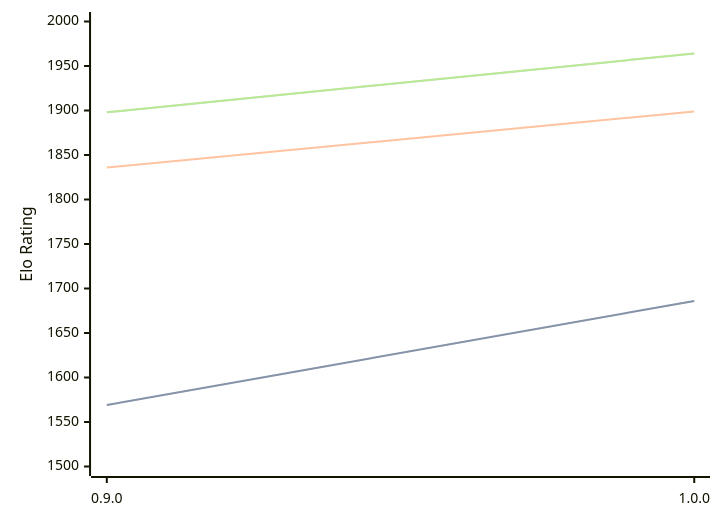
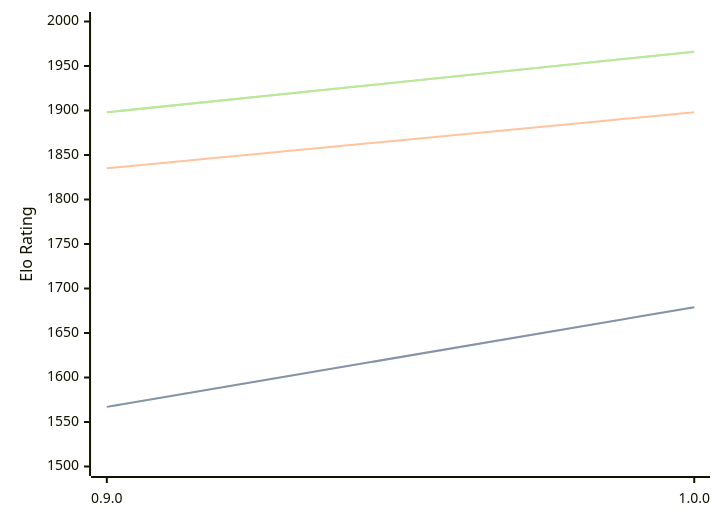
One commit to computer-chess-index/cci changed the diagram in engines/Ratsu.md. Above: the diagram before and after it, drawn with Mermaid. The commit also changed other lines of this file, not shown here.

Commit message:
Update CCI Ratings (ELO VLTC) - 2026-03-09

````diff
--- a/engines/Ratsu.md
+++ b/engines/Ratsu.md
@@ -30,11 +30,11 @@
 ```mermaid
 %%{init: {"theme":"base","themeVariables":{"seriesColors:['#a3a3a3','#222221','#faa371']}}}%%
 xychart-beta
   x-axis ["0.9.0", "1.0.0"]
   y-axis "Elo Rating" 1500 --> 2000
-  line "STC (8.0+0.08s)" [1569, 1686]
-  line "STC (8.0+0.08s)" [1569, 1686]
-  line "LTC (60.0+0.60s)" [1836, 1899]
-  line "VLTC (2m24s+1.12s)" [1898, 1964]
-  line "VLTC (2m24s+1.12s)" [1898, 1964]
+  line "STC (8.0+0.08s)" [1567, 1679]
+  line "STC (8.0+0.08s)" [1567, 1679]
+  line "LTC (60.0+0.60s)" [1835, 1898]
+  line "VLTC (2m24s+1.12s)" [1898, 1966]
+  line "VLTC (2m24s+1.12s)" [1898, 1966]
 ```
````
